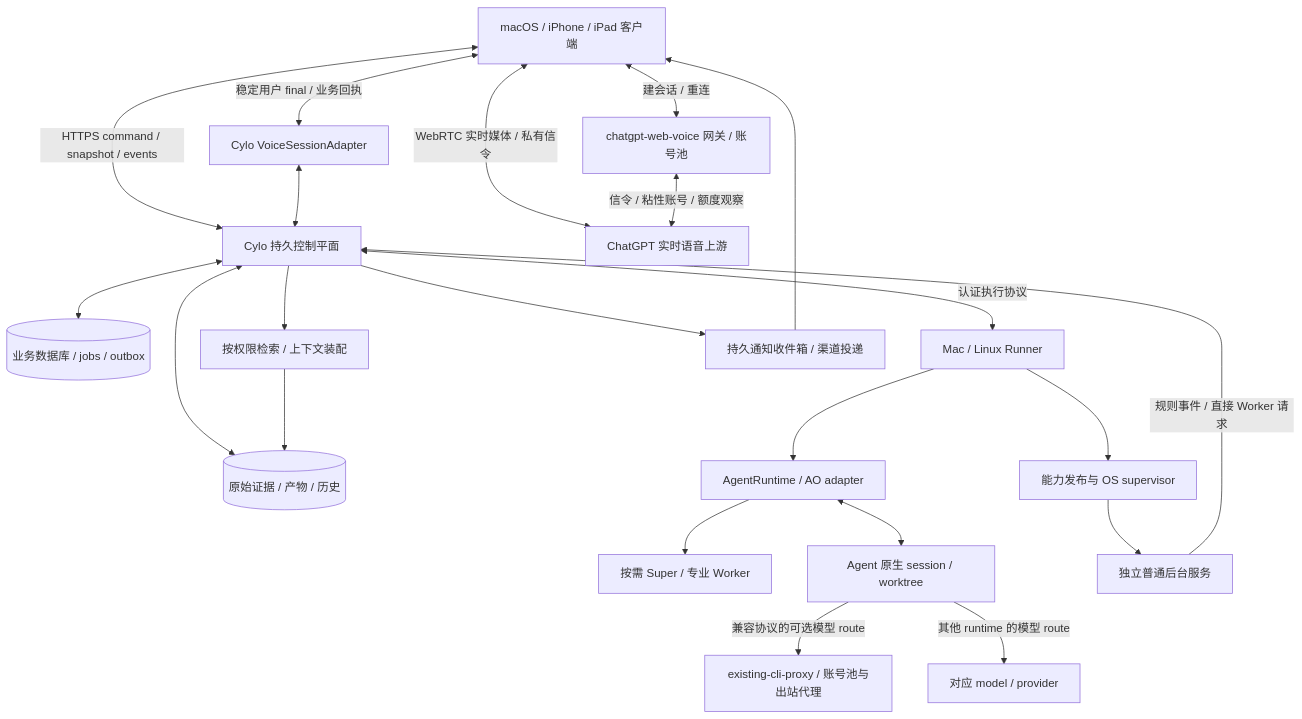
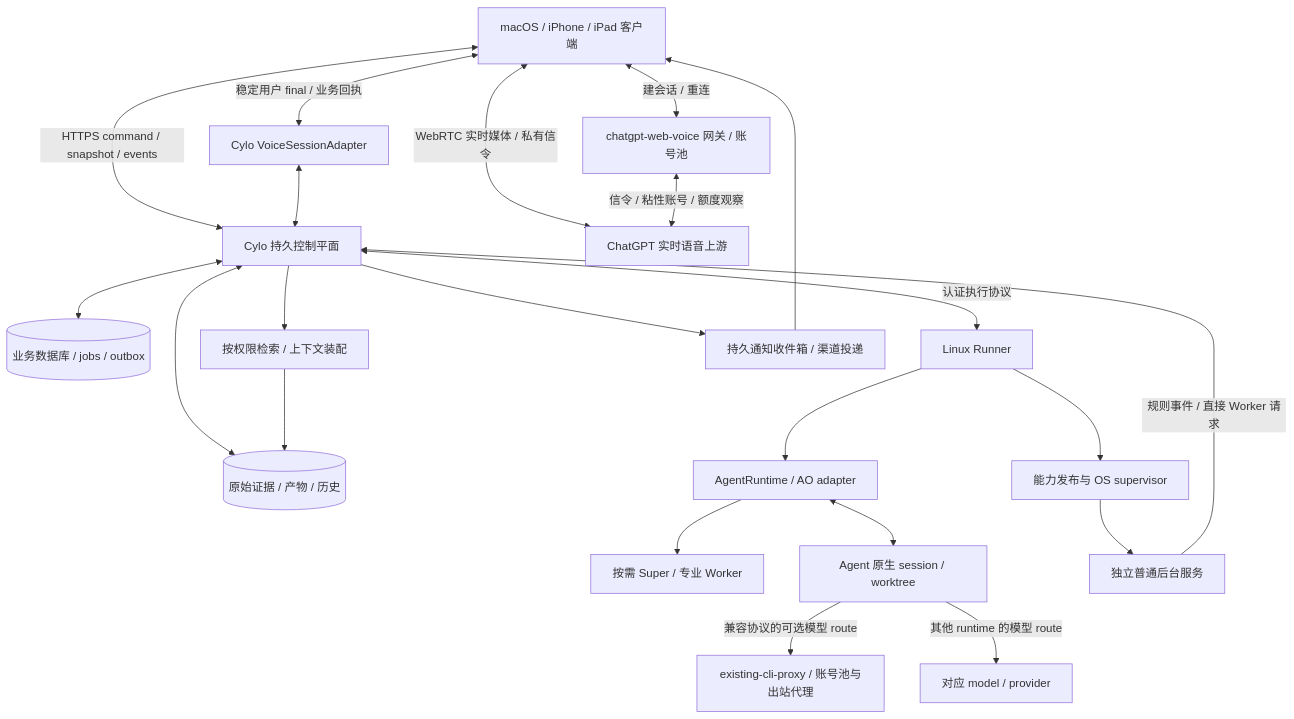
The diagram in Cylo-实现调研与架构方案.md (ronigooja/Cylo), drawn with Mermaid before and after one commit. The commit also changed other lines of this file and 6 other files, not shown here.

````diff
--- a/Cylo-实现调研与架构方案.md
+++ b/Cylo-实现调研与架构方案.md
@@ -41,24 +41,24 @@
 ```mermaid
 flowchart TB
   UI[macOS / iPhone / iPad 客户端] <-->|HTTPS command / snapshot / events| C[Cylo 持久控制平面]
   UI <-->|WebRTC 实时媒体 / 私有信令| U[ChatGPT 实时语音上游]
   UI <-->|建会话 / 重连| G[chatgpt-web-voice 网关 / 账号池]
   G <-->|信令 / 粘性账号 / 额度观察| U
   UI <-->|稳定用户 final / 业务回执| V[Cylo VoiceSessionAdapter]
   V <--> C
   C <--> D[(业务数据库 / jobs / outbox)]
   C <--> E[(原始证据 / 产物 / 历史)]
   C --> M[按权限检索 / 上下文装配]
   M --> E
-  C <-->|认证执行协议| R[Mac / Linux Runner]
+  C <-->|认证执行协议| R[Linux Runner]
   R --> A[AgentRuntime / AO adapter]
   A --> S[按需 Super / 专业 Worker]
   A <--> X[Agent 原生 session / worktree]
   X -->|兼容协议的可选模型 route| PX[existing-cli-proxy / 账号池与出站代理]
   X -->|其他 runtime 的模型 route| MP[对应 model / provider]
   R --> P[能力发布与 OS supervisor]
   P --> B[独立普通后台服务]
   B -->|规则事件 / 直接 Worker 请求| C
   C --> N[持久通知收件箱 / 渠道投递]
   N --> UI
 ```
````
